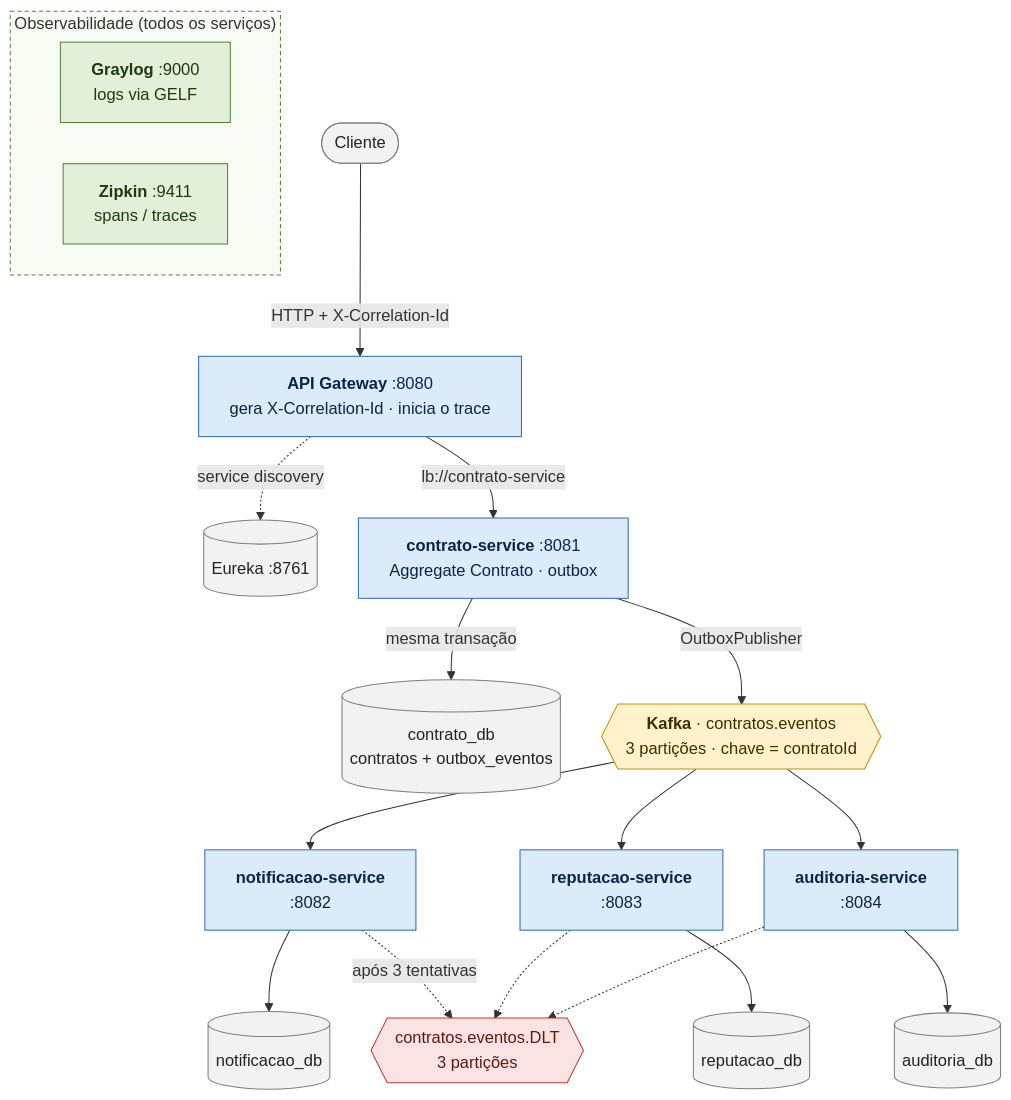
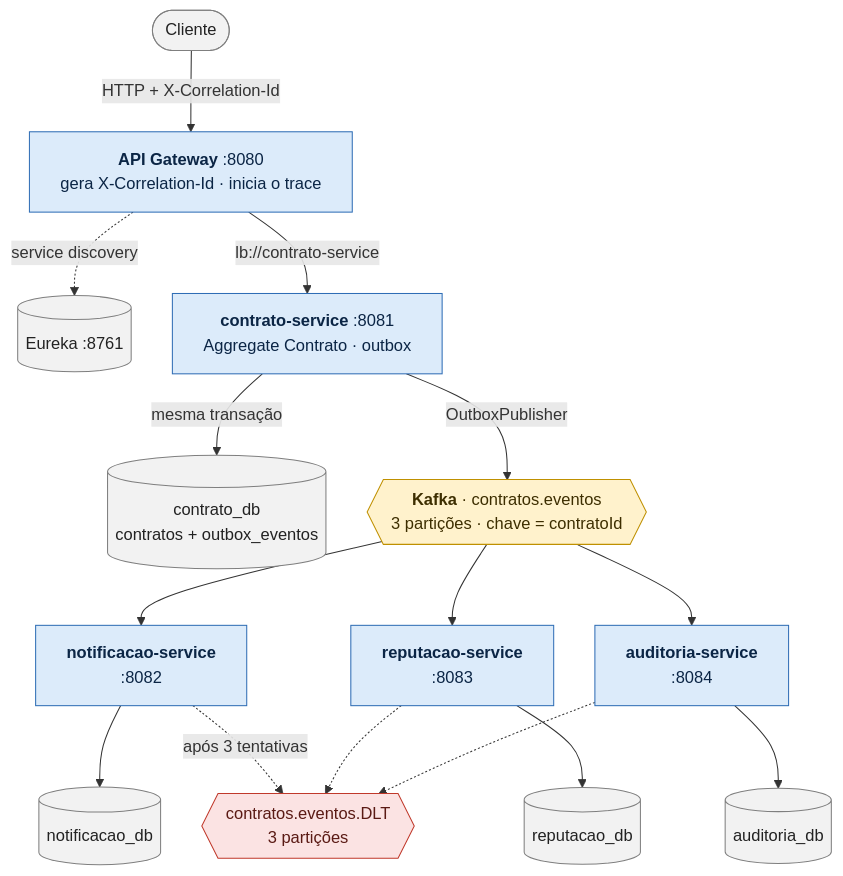
The diagram in docs/arquitetura.mmd (gustacassel/gustavo_cassel_DR4_AT), drawn with Mermaid before and after one commit. The commit also changed 1 other file, not shown here.

Commit message:
Simplifica o diagrama de arquitetura

```diff
--- a/docs/arquitetura.mmd
+++ b/docs/arquitetura.mmd
@@ -1,48 +1,39 @@
 %%{init: {"flowchart": {"wrappingWidth": 320, "nodeSpacing": 40, "rankSpacing": 55}}}%%
 flowchart TB
     CLI([Cliente])
     GW["<b>API Gateway</b> :8080<br/>gera X-Correlation-Id · inicia o trace"]
     EU[("Eureka :8761")]
     CS["<b>contrato-service</b> :8081<br/>Aggregate Contrato · outbox"]
     CDB[("contrato_db<br/>contratos + outbox_eventos")]
     K{{"<b>Kafka</b> · contratos.eventos<br/>3 partições · chave = contratoId"}}
     N["<b>notificacao-service</b><br/>:8082"]
     R["<b>reputacao-service</b><br/>:8083"]
     A["<b>auditoria-service</b><br/>:8084"]
     NDB[("notificacao_db")]
     RDB[("reputacao_db")]
     ADB[("auditoria_db")]
     DLT{{"contratos.eventos.DLT<br/>3 partições"}}
 
     CLI -->|"HTTP + X-Correlation-Id"| GW
     GW -.->|"service discovery"| EU
     GW -->|"lb://contrato-service"| CS
     CS -->|"mesma transação"| CDB
     CS -->|"OutboxPublisher"| K
     K --> N
     K --> R
     K --> A
     N --> NDB
     R --> RDB
     A --> ADB
     N -.->|"após 3 tentativas"| DLT
     R -.-> DLT
     A -.-> DLT
 
-    subgraph OBS ["Observabilidade (todos os serviços)"]
-        direction LR
-        GL["<b>Graylog</b> :9000<br/>logs via GELF"]
-        ZK["<b>Zipkin</b> :9411<br/>spans / traces"]
-    end
-
     classDef app fill:#DCEBFA,stroke:#2F6DB5,color:#0B2545
     classDef infra fill:#F2F2F2,stroke:#7F7F7F,color:#222
     classDef broker fill:#FFF2CC,stroke:#BF9000,color:#3D2E00
     classDef dlt fill:#FBE3E3,stroke:#C0392B,color:#5A1A14
-    classDef obs fill:#E2F0D9,stroke:#548235,color:#1E3A10
     class GW,CS,N,R,A app
     class EU,CDB,NDB,RDB,ADB,CLI infra
     class K broker
     class DLT dlt
-    class GL,ZK obs
-    style OBS fill:#F7FBF4,stroke:#548235,stroke-dasharray: 4 3
```
